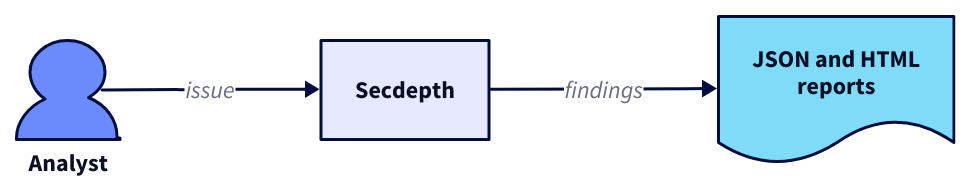
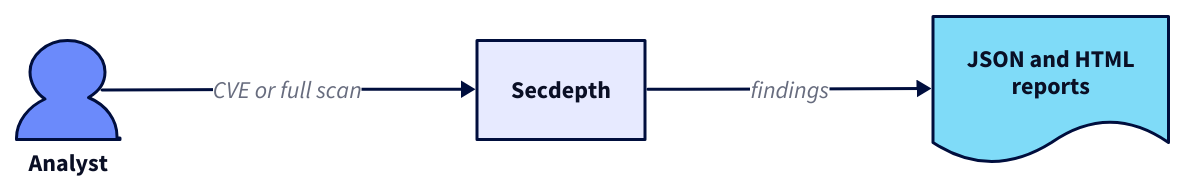
The diagram in docs/diagrams/secdepth-flow.d2 (kobaltoxid/secdepth), drawn with D2 before and after one commit. The commit also changed 11 other files, not shown here.

First line of the commit message:
feat: scan all dependencies when no issue is named

```diff
--- a/docs/diagrams/secdepth-flow.d2
+++ b/docs/diagrams/secdepth-flow.d2
@@ -1,21 +1,21 @@
 direction: right
 
 vars: {
   d2-config: {
     theme-id: 3
     dark-theme-id: 200
   }
 }
 
 analyst: Analyst {
   shape: person
 }
 
 secdepth: Secdepth
 
 reports: "JSON and HTML\nreports" {
   shape: document
 }
 
-analyst -> secdepth: issue
+analyst -> secdepth: CVE or full scan
 secdepth -> reports: findings
```
